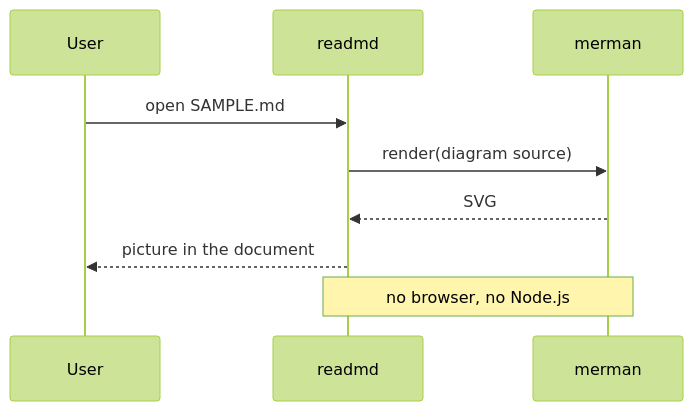
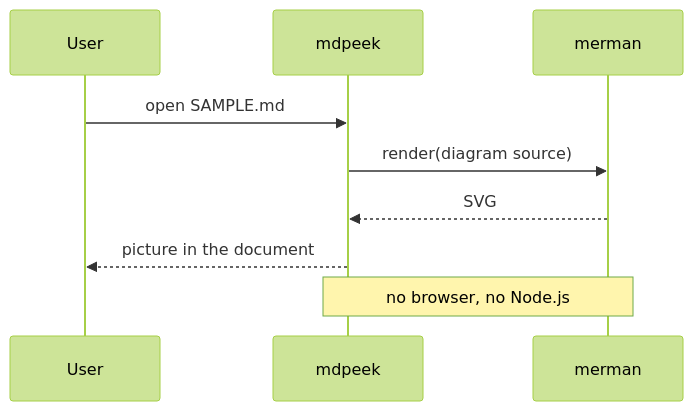
The second of 11 diagrams in SAMPLE.md (CptPhenomeno/mdpeek), drawn with Mermaid (forest theme) before and after one commit. The commit also changed other lines of this file and 10 other files, not shown here.

Commit message:
docs: rename readmd to mdpeek in docs, fixtures and snapshots

````diff
--- a/SAMPLE.md
+++ b/SAMPLE.md
@@ -273,11 +273,11 @@
 ```mermaid
 sequenceDiagram
     participant U as User
-    participant R as readmd
+    participant R as mdpeek
     participant M as merman
     U->>R: open SAMPLE.md
     R->>M: render(diagram source)
     M-->>R: SVG
     R-->>U: picture in the document
     Note over R,M: no browser, no Node.js
 ```
````
